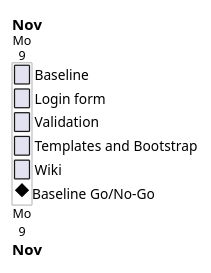
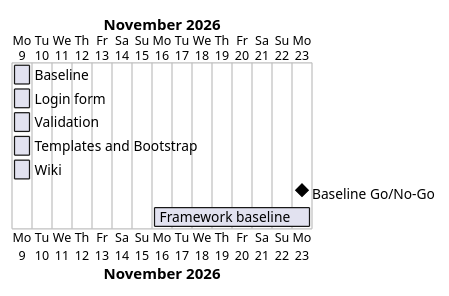
The diagram in docs/project-plan.md (Tirsvad-Udemy-100-days-of-code/061-flask-secrets), drawn with PlantUML before and after one commit. The commit also changed other lines of this file and 20 other files, not shown here.

First line of the commit message:
MIL-006: bring the project to the framework baseline

````diff
--- a/docs/project-plan.md
+++ b/docs/project-plan.md
@@ -39,11 +44,13 @@
 ```plantuml
 @startgantt
 Project starts 2026-11-09
 [Baseline] starts 2026-11-09 and ends 2026-11-09
 [Login form] starts 2026-11-09 and ends 2026-11-09
 [Validation] starts 2026-11-09 and ends 2026-11-09
 [Templates and Bootstrap] starts 2026-11-09 and ends 2026-11-09
 [Wiki] starts 2026-11-09 and ends 2026-11-09
 [Baseline Go/No-Go] happens 2026-11-09
+[Framework baseline] starts 2026-11-16 and ends 2026-11-23
+[Baseline Go/No-Go] happens 2026-11-23
 @endgantt
 ```
````
